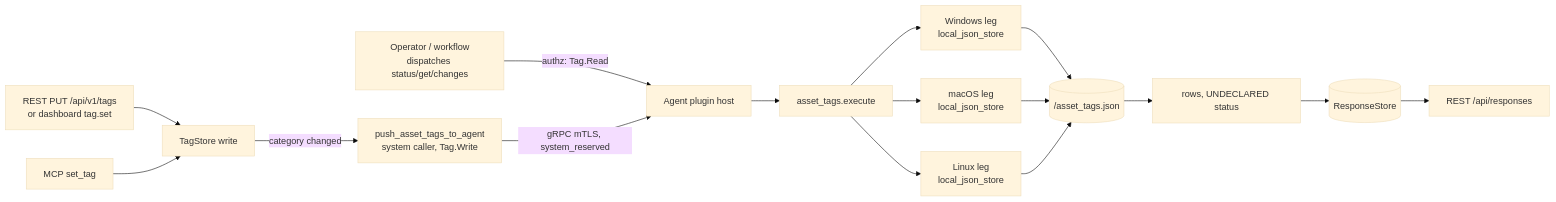
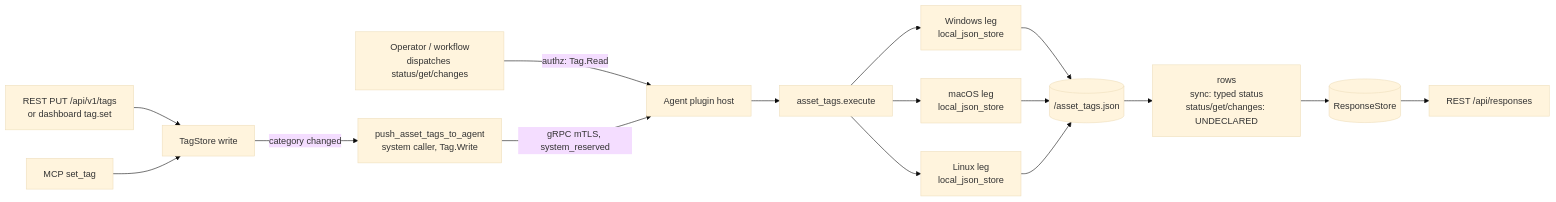
The diagram in agents/plugins/asset_tags/README.md (Tr3kkR/Yuzu), drawn with Mermaid (base theme) before and after one commit. The commit also changed other lines of this file and 10 other files, not shown here.

````diff
--- a/agents/plugins/asset_tags/README.md
+++ b/agents/plugins/asset_tags/README.md
@@ -21,14 +21,14 @@
 ```mermaid
 flowchart LR
   REST[REST PUT /api/v1/tags<br/>or dashboard tag.set] --> TS[TagStore write]
   MCP[MCP set_tag] --> TS
   TS -- category changed --> PUSH[push_asset_tags_to_agent<br/>system caller, Tag.Write]
   OP[Operator / workflow<br/>dispatches status/get/changes] -- authz: Tag.Read --> HOST
   PUSH -- gRPC mTLS, system_reserved --> HOST[Agent plugin host]
   HOST --> EX[asset_tags.execute]
   EX --> WIN[Windows leg<br/>local_json_store]
   EX --> MAC[macOS leg<br/>local_json_store]
   EX --> LIN[Linux leg<br/>local_json_store]
   WIN & MAC & LIN --> FILE[("<data_dir>/asset_tags.json")]
-  FILE --> ROWS[rows, UNDECLARED status] --> RS[(ResponseStore)] --> API[REST /api/responses]
+  FILE --> ROWS[rows<br/>sync: typed status<br/>status/get/changes: UNDECLARED] --> RS[(ResponseStore)] --> API[REST /api/responses]
 ```
````
